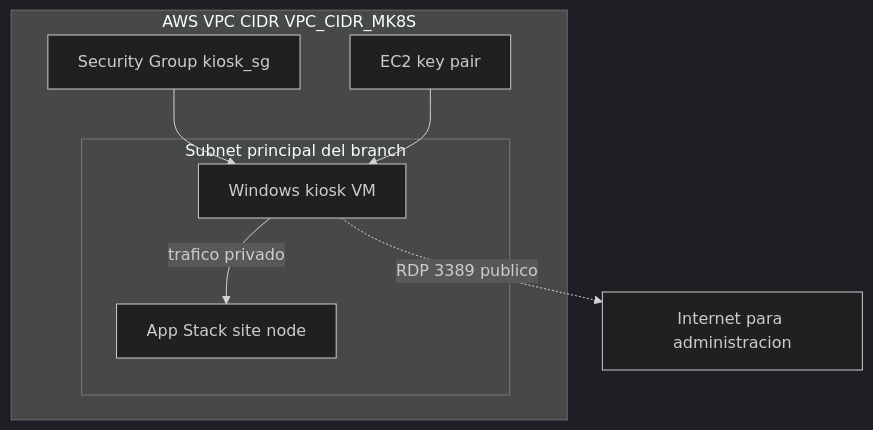
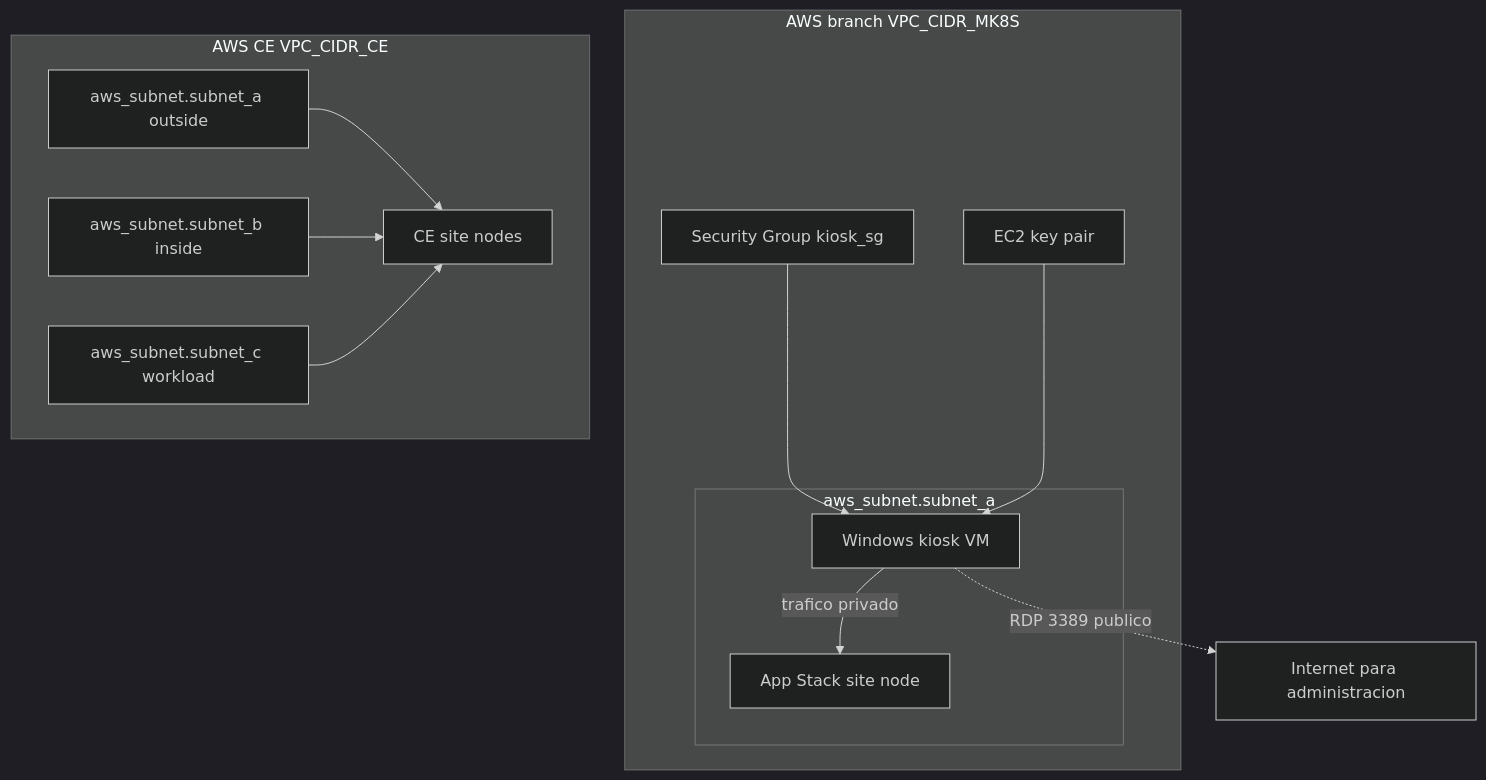
The sixth of 15 diagrams in descripcion.md (ocpdata/xcawsedgedemoguide), drawn with Mermaid (dark theme) before and after one commit. The commit also changed other lines of this file, not shown here.

Commit message:
docs: refine deploy topology diagrams

````diff
--- a/descripcion.md
+++ b/descripcion.md
@@ -271,16 +346,26 @@
 ```mermaid
 flowchart TB
-    subgraph VPC[AWS VPC CIDR VPC_CIDR_MK8S]
-        subgraph Subnet[Subnet principal del branch]
+    subgraph BRANCH[AWS branch VPC_CIDR_MK8S]
+        subgraph BranchSubnet[aws_subnet.subnet_a]
             AppNode[App Stack site node]
             VM[Windows kiosk VM]
         end
         SG[Security Group kiosk_sg]
         KP[EC2 key pair]
     end
 
+    subgraph CE[AWS CE VPC_CIDR_CE]
+        CEA[aws_subnet.subnet_a outside]
+        CEB[aws_subnet.subnet_b inside]
+        CEC[aws_subnet.subnet_c workload]
+        CENode[CE site nodes]
+    end
+
     SG --> VM
     KP --> VM
     VM -. RDP 3389 publico .-> Internet[Internet para administracion]
     VM -->|trafico privado| AppNode
+    CEA --> CENode
+    CEB --> CENode
+    CEC --> CENode
 ```
````
